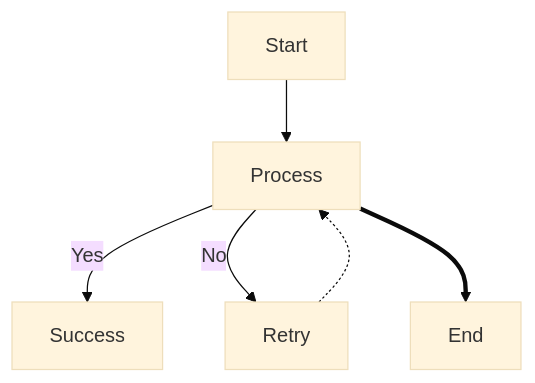
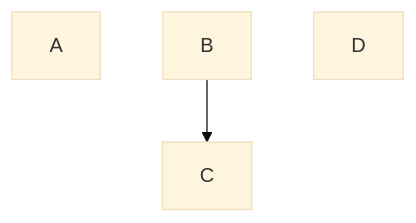
Diagram 18 of 31 in mermaid/docs/flowchart.md (arunnambyar/tutorials), drawn with Mermaid (base theme) before and after one commit. The commit also changed other lines of this file and 3 other files, not shown here.

Commit message:
Mermaid configuration dcumentation added

````diff
--- a/mermaid/docs/flowchart.md
+++ b/mermaid/docs/flowchart.md
@@ -163,8 +495,9 @@
 ```mermaid
-flowchart TD
-    A[Start] --> B[Process]
-    B -->|Yes| C[Success]
-    B -->|No| D[Retry]
-    D -.-> B
-    B ==> E[End]
+flowchart TB
+    A
+    B
+    C
+    D
+
+    B --> C
 ```
````
